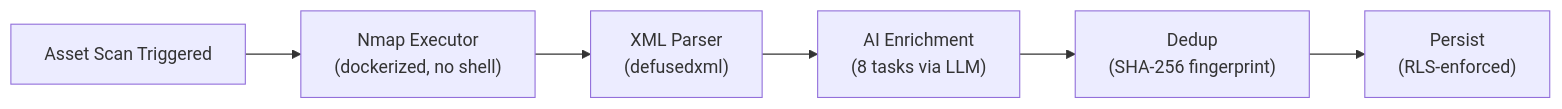
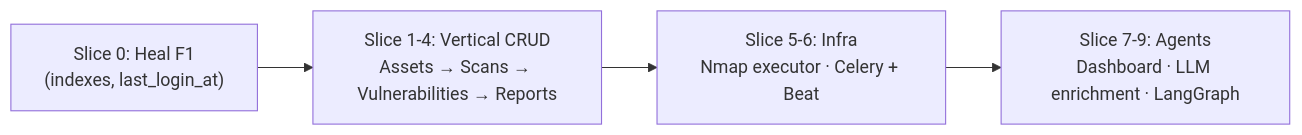
The third of 3 diagrams in README.md (Dani1lopez/soc360-pymes), drawn with Mermaid before and after one commit. The commit also changed other lines of this file and 2 other files, not shown here.

````diff
--- a/README.md
+++ b/README.md
@@ -280,8 +300,6 @@
 ```mermaid
 graph LR
-    A["Asset Scan Triggered"] --> B["Nmap Executor<br/>(dockerized, no shell)"]
-    B --> C["XML Parser<br/>(defusedxml)"]
-    C --> D["AI Enrichment<br/>(8 tasks via LLM)"]
-    D --> E["Dedup<br/>(SHA-256 fingerprint)"]
-    E --> F["Persist<br/>(RLS-enforced)"]
+    A["Slice 0: Heal F1<br/>(indexes, last_login_at)"] --> B["Slice 1-4: Vertical CRUD<br/>Assets → Scans → Vulnerabilities → Reports"]
+    B --> C["Slice 5-6: Infra<br/>Nmap executor · Celery + Beat"]
+    C --> D["Slice 7-9: Agents<br/>Dashboard · LLM enrichment · LangGraph"]
 ```
````
